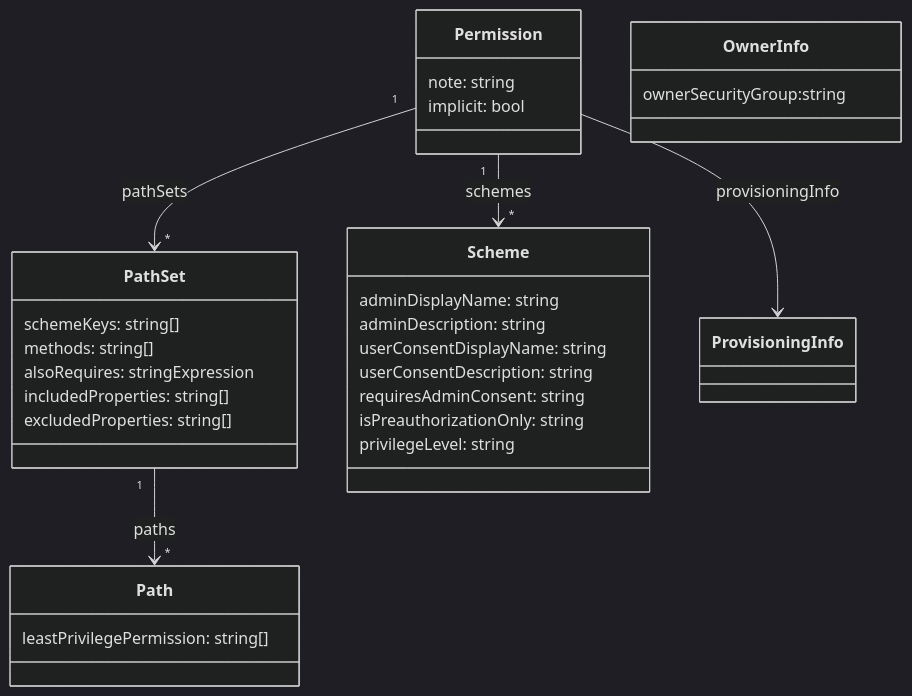
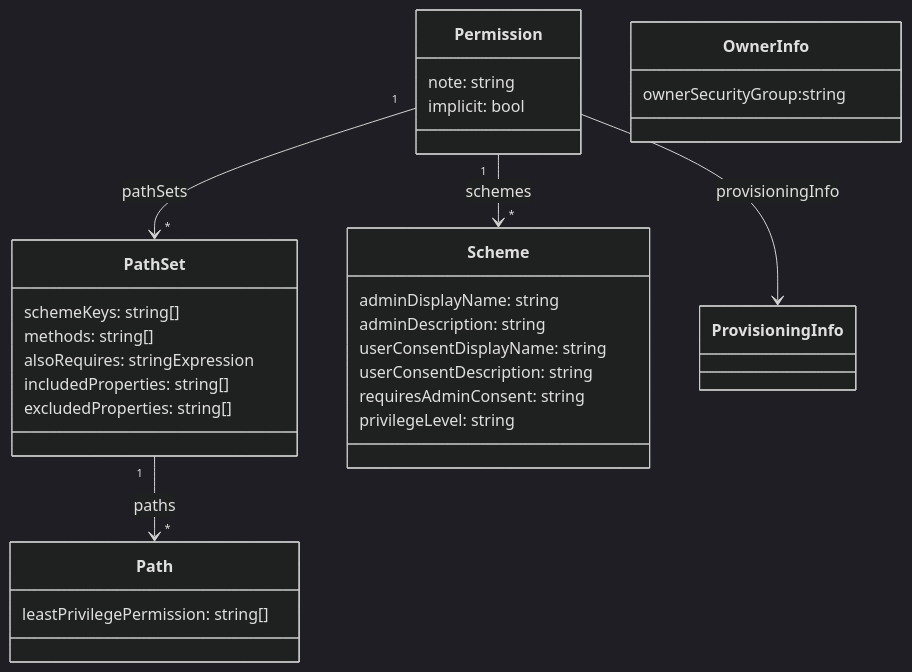
The diagram in specs/permissions.md (microsoftgraph/kibali), drawn with Mermaid (dark theme) before and after one commit. The commit also changed other lines of this file and 1 other file, not shown here.

Commit message:
Update permissions schema

````diff
--- a/specs/permissions.md
+++ b/specs/permissions.md
@@ -195,39 +192,38 @@
 ```mermaid
 classDiagram
 
     class Permission{
         note: string
         implicit: bool
     }
     Permission "1" --> "*" PathSet:pathSets
     Permission "1" --> "*" Scheme:schemes
     Permission  -->  ProvisioningInfo:provisioningInfo
 
     class OwnerInfo {
         ownerSecurityGroup:string
     }
 
     class PathSet{
         schemeKeys: string[]     
         methods: string[] 
         alsoRequires: stringExpression 
         includedProperties: string[]     
         excludedProperties: string[]     
     }
     PathSet "1" --> "*" Path:paths
 
     class Path{
         leastPrivilegePermission: string[]
     }
 
     class Scheme{
         adminDisplayName: string
         adminDescription: string
         userConsentDisplayName: string
         userConsentDescription: string
         requiresAdminConsent: string
-	isPreauthorizationOnly: string
         privilegeLevel: string
     }
 
 ```
````
